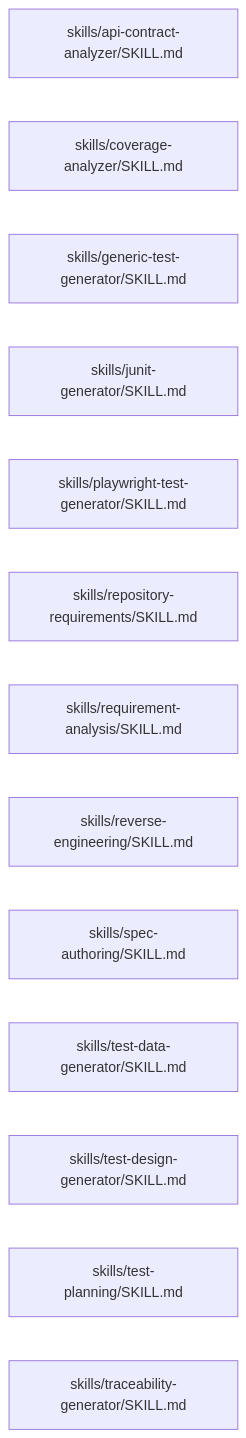
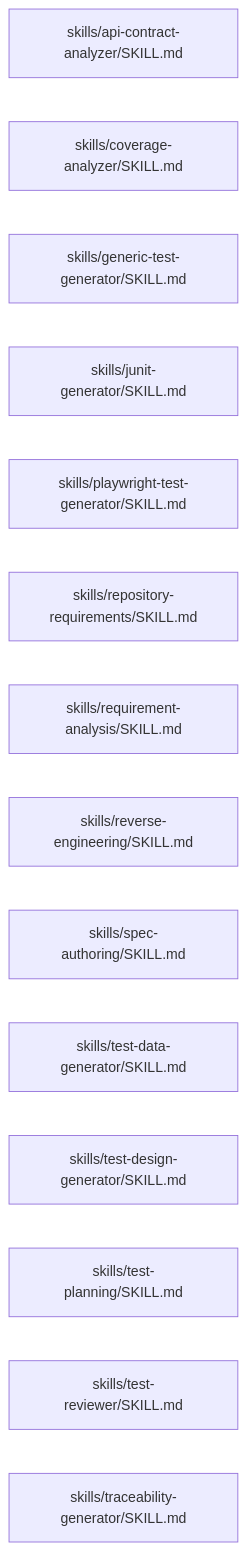
Diagram 17 of 21 in docs/ARCHITECTURE_MAP.md (sarveshtalele/maf-harness-testing), drawn with Mermaid before and after one commit. The commit also changed other lines of this file and 8 other files, not shown here.

````diff
--- a/docs/ARCHITECTURE_MAP.md
+++ b/docs/ARCHITECTURE_MAP.md
@@ -454,16 +458,17 @@
 ```mermaid
 flowchart LR
   f0["skills/api-contract-analyzer/SKILL.md"]
   f1["skills/coverage-analyzer/SKILL.md"]
   f2["skills/generic-test-generator/SKILL.md"]
   f3["skills/junit-generator/SKILL.md"]
   f4["skills/playwright-test-generator/SKILL.md"]
   f5["skills/repository-requirements/SKILL.md"]
   f6["skills/requirement-analysis/SKILL.md"]
   f7["skills/reverse-engineering/SKILL.md"]
   f8["skills/spec-authoring/SKILL.md"]
   f9["skills/test-data-generator/SKILL.md"]
   f10["skills/test-design-generator/SKILL.md"]
   f11["skills/test-planning/SKILL.md"]
-  f12["skills/traceability-generator/SKILL.md"]
+  f12["skills/test-reviewer/SKILL.md"]
+  f13["skills/traceability-generator/SKILL.md"]
 ```
````
